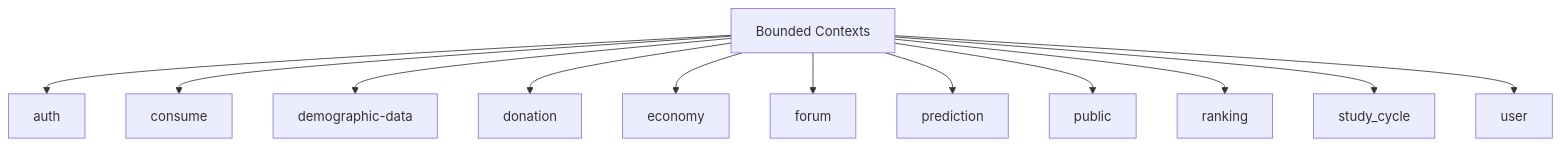
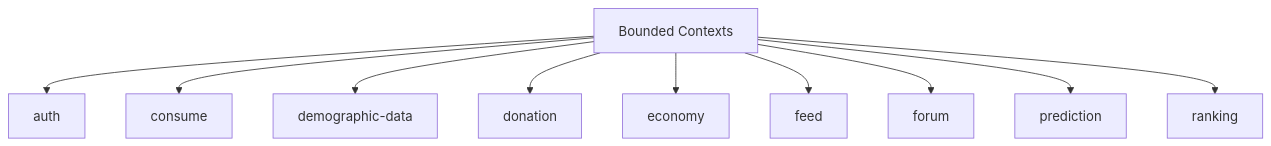
One commit to positivemultiplier/posmul changed the third of 7 diagrams in .agent/rules/Posmul_projectrule.md. Above: the diagram before and after it, drawn with Mermaid. The commit also changed other lines of this file and 217 other files, not shown here.

````diff
--- a/.agent/rules/Posmul_projectrule.md
+++ b/.agent/rules/Posmul_projectrule.md
@@ -83,14 +81,12 @@
 ```mermaid
 graph TD
   BC[Bounded Contexts] --> auth
   BC --> consume
   BC --> demographic_data[demographic-data]
   BC --> donation
   BC --> economy
+  BC --> feed
   BC --> forum
   BC --> prediction
-  BC --> public
   BC --> ranking
-  BC --> study_cycle
-  BC --> user
 ```
````
